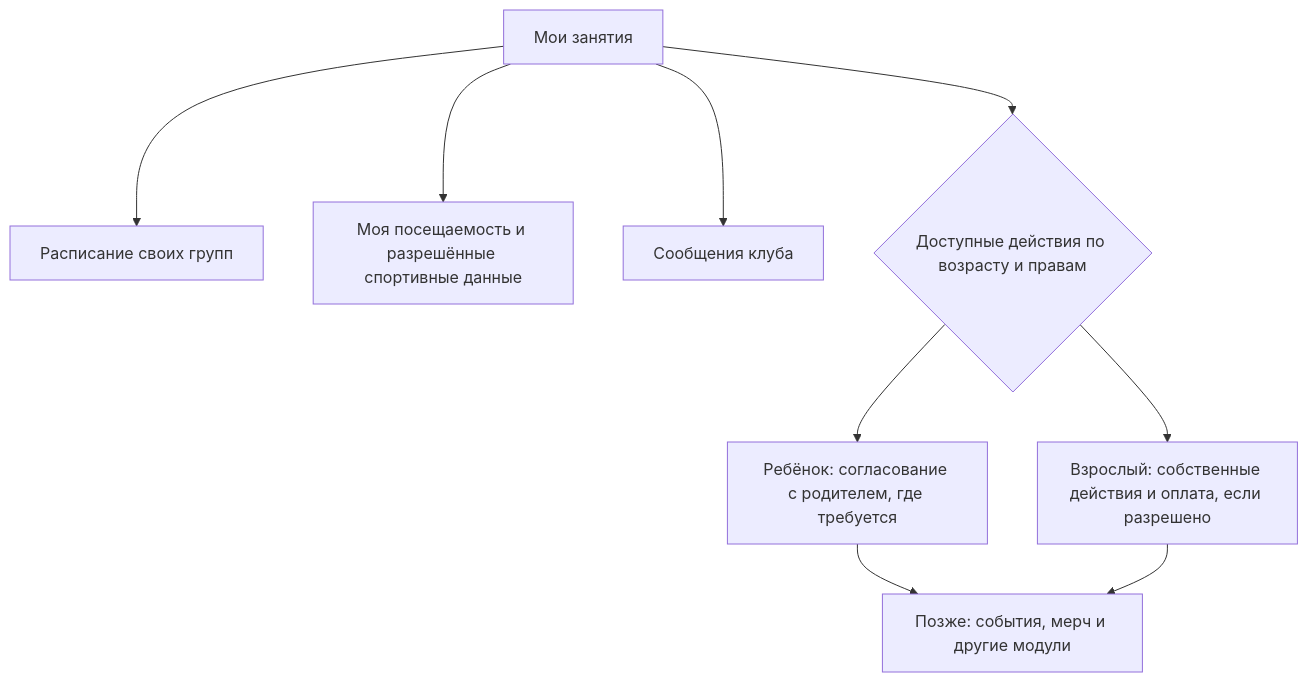
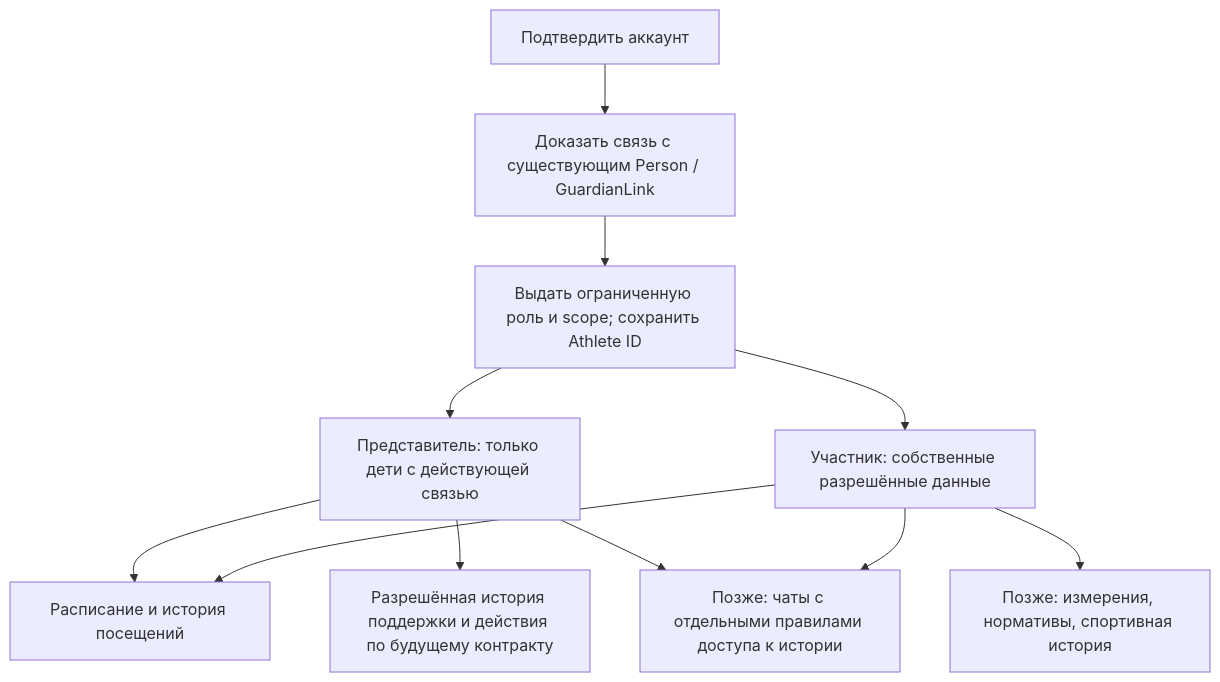
Before and after one commit to StarMadeGalaxy/JudeOS: the ninth of 10 diagrams in planning/APP-FLOWS.md, drawn with Mermaid. The commit also changed other lines of this file and 20 other files, not shown here.

Commit message:
docs: align MVP plan and architecture after critical review

````diff
--- a/planning/APP-FLOWS.md
+++ b/planning/APP-FLOWS.md
@@ -99,11 +185,13 @@
 ```mermaid
 flowchart TB
-    Home["Мои занятия"] --> Schedule["Расписание своих групп"]
-    Home --> Journal["Моя посещаемость и разрешённые спортивные данные"]
-    Home --> News["Сообщения клуба"]
-    Home --> Age{"Доступные действия по возрасту и правам"}
-    Age --> Minor["Ребёнок: согласование с родителем, где требуется"]
-    Age --> Adult["Взрослый: собственные действия и оплата, если разрешено"]
-    Minor --> Modules["Позже: события, мерч и другие модули"]
-    Adult --> Modules
+    Account["Подтвердить аккаунт"] --> Link["Доказать связь с существующим Person / GuardianLink"]
+    Link --> Scope["Выдать ограниченную роль и scope; сохранить Athlete ID"]
+    Scope --> Parent["Представитель: только дети с действующей связью"]
+    Scope --> Athlete["Участник: собственные разрешённые данные"]
+    Parent --> Schedule["Расписание и история посещений"]
+    Parent --> Support["Разрешённая история поддержки и действия по будущему контракту"]
+    Athlete --> Schedule
+    Athlete --> Progress["Позже: измерения, нормативы, спортивная история"]
+    Parent --> Chat["Позже: чаты с отдельными правилами доступа к истории"]
+    Athlete --> Chat
 ```
````
